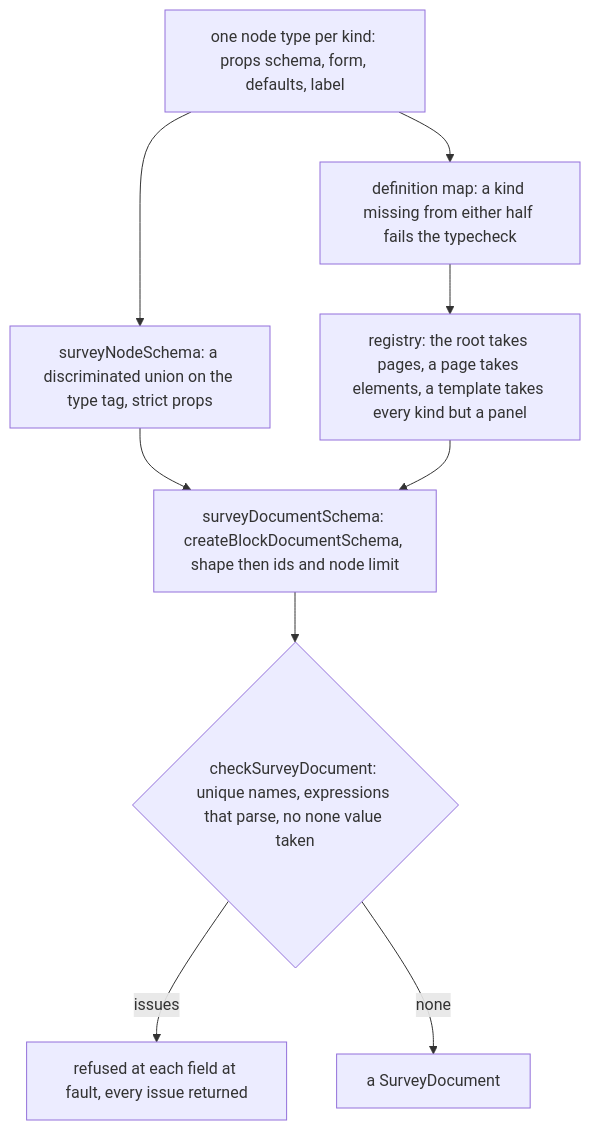
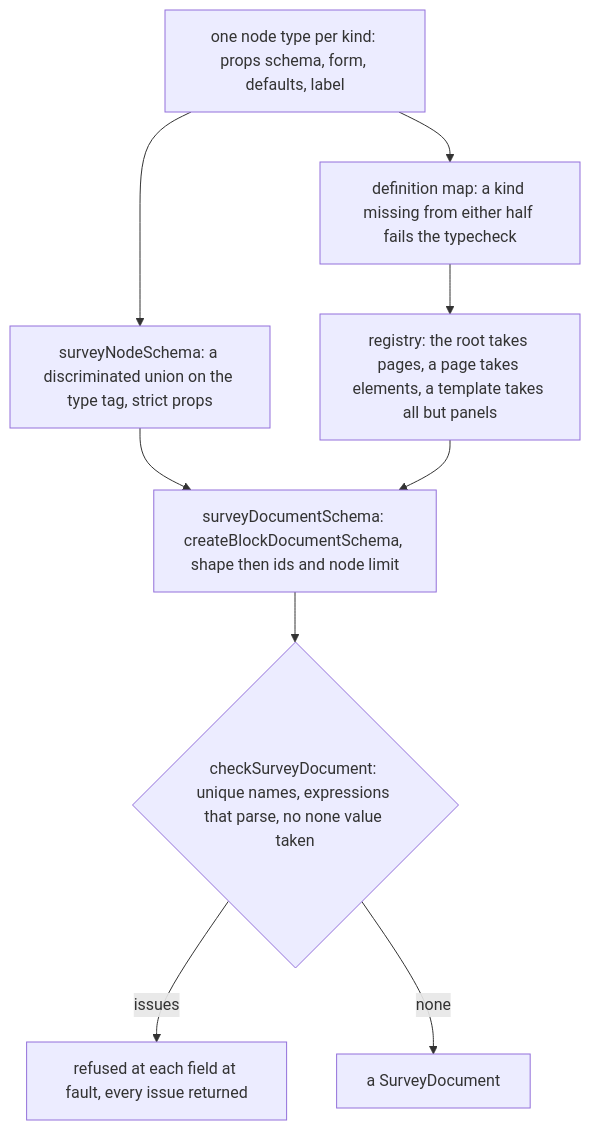
Before and after one commit to Esposter/Esposter: the diagram in openspec/specs/resource/survey-document/design.md, drawn with Mermaid.

Commit message:
docs(survey): the template's diagram label fits the diagram check's length

````diff
--- a/openspec/specs/resource/survey-document/design.md
+++ b/openspec/specs/resource/survey-document/design.md
@@ -9,11 +9,11 @@
 ```mermaid
 flowchart TD
   KIND["one node type per kind: props schema, form, defaults, label"] --> SCHEMA["surveyNodeSchema: a discriminated union on the type tag, strict props"]
   KIND --> MAP["definition map: a kind missing from either half fails the typecheck"]
-  MAP --> REG["registry: the root takes pages, a page takes elements, a template takes every kind but a panel"]
+  MAP --> REG["registry: the root takes pages, a page takes elements, a template takes all but panels"]
   SCHEMA --> DOC["surveyDocumentSchema: createBlockDocumentSchema, shape then ids and node limit"]
   REG --> DOC
   DOC --> CHECK{"checkSurveyDocument: unique names, expressions that parse, no none value taken"}
   CHECK -->|issues| REFUSE["refused at each field at fault, every issue returned"]
   CHECK -->|none| OK["a SurveyDocument"]
 ```
````
